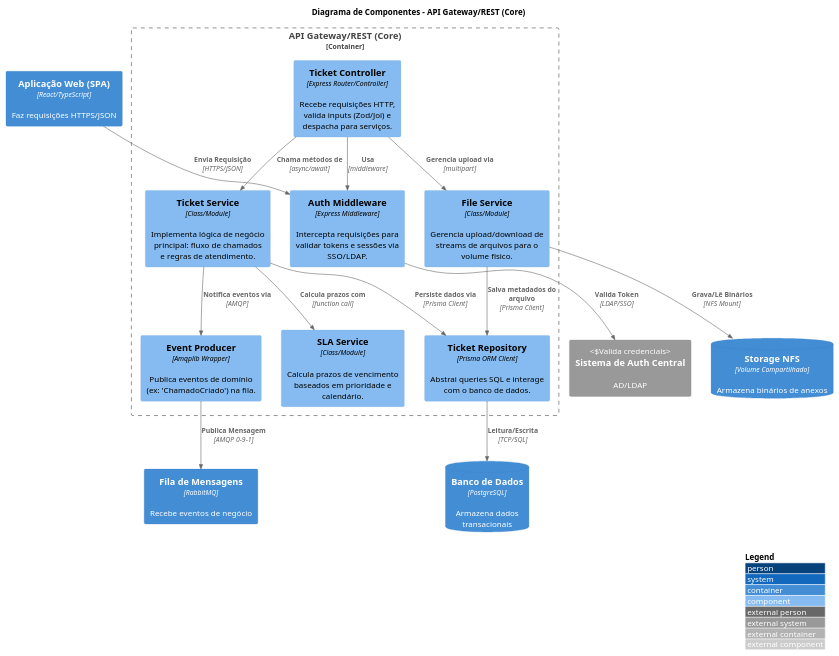
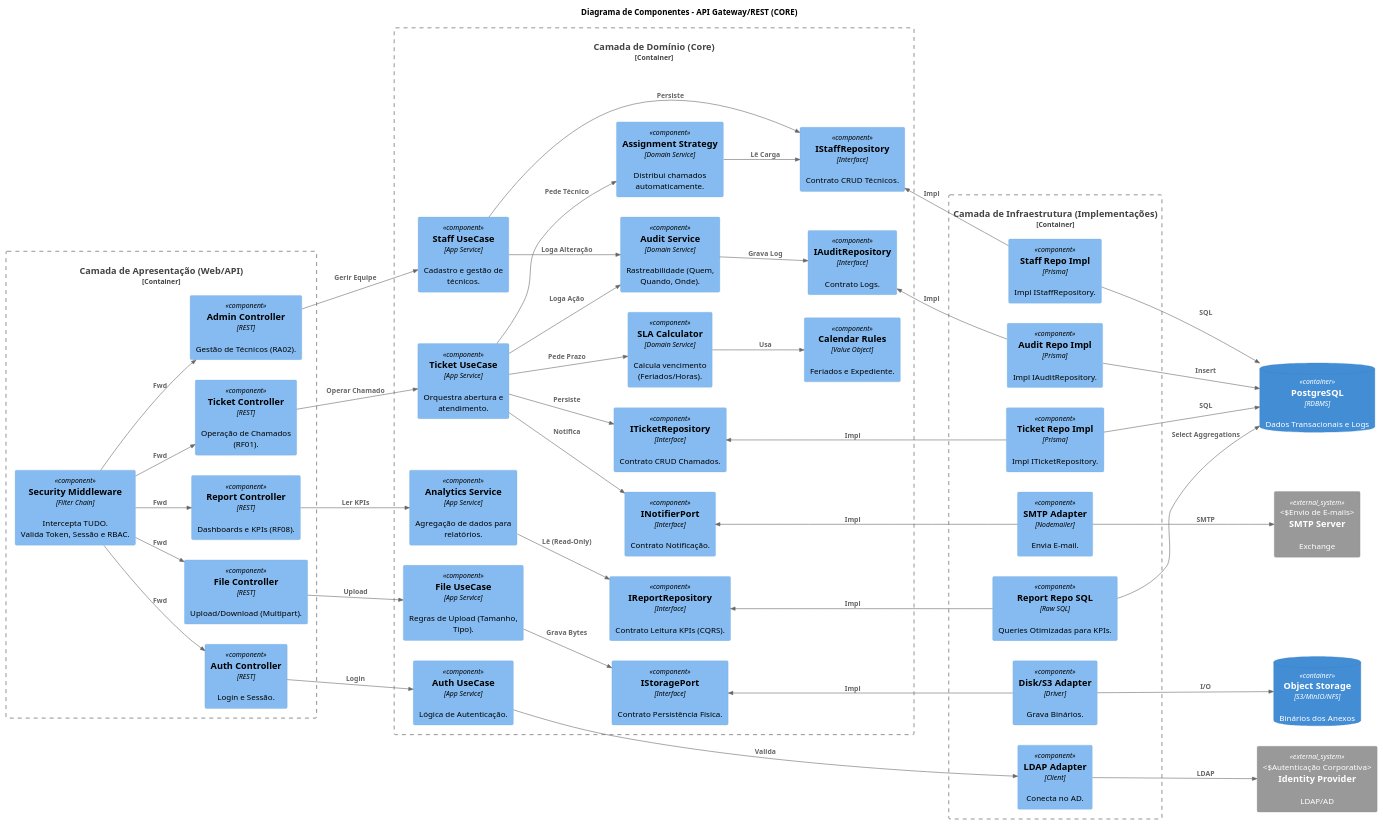
Before and after one commit to victor-alexandre/TJGO-Projeto-Software: the diagram in Artefato 3 - Diagrama de Componentes (C4)/Componente_API_Gateway.md, drawn with PlantUML. The commit also changed 5 other files, not shown here.

Commit message:
corrigindo diagrama de componentes, adicionando demais controllers, ports and adapters

```diff
--- a/Artefato 3 - Diagrama de Componentes (C4)/Componente_API_Gateway.md
+++ b/Artefato 3 - Diagrama de Componentes (C4)/Componente_API_Gateway.md
@@ -1,57 +1,141 @@
 @startuml
-' Usando a biblioteca C4 embutida (mais rápido e seguro contra firewall)
 !include <C4/C4_Component>
 
-' Se a linha acima falhar, descomente a linha abaixo para usar a versão online:
-' !include https://raw.githubusercontent.com/plantuml-stdlib/C4-PlantUML/master/C4_Component.puml
+' Layout da Esquerda para Direita favorece a leitura "Entrada -> Processamento -> Saída"
+LAYOUT_LEFT_RIGHT()
 
-' CORREÇÃO: Removido o espaço extra aqui
-LAYOUT_WITH_LEGEND()
+title Diagrama de Componentes - API Gateway/REST (CORE)
 
-title Diagrama de Componentes - API Gateway/REST (Core)
+' --- SISTEMAS E CONTAINERS EXTERNOS ---
+ContainerDb(db, "PostgreSQL", "RDBMS", "Dados Transacionais e Logs")
+ContainerDb(filesystem, "Object Storage", "S3/MinIO/NFS", "Binários dos Anexos")
+System_Ext(email_sys, "SMTP Server", "Exchange", "Envio de E-mails")
+System_Ext(auth_sys, "Identity Provider", "LDAP/AD", "Autenticação Corporativa")
 
-' --- External Containers (Contexto) ---
-Container(spa, "Aplicação Web (SPA)", "React/TypeScript", "Faz requisições HTTPS/JSON")
-ContainerDb(db, "Banco de Dados", "PostgreSQL", "Armazena dados transacionais")
-Container(rabbitmq, "Fila de Mensagens", "RabbitMQ", "Recebe eventos de negócio")
-ContainerDb(filesystem, "Storage NFS", "Volume Compartilhado", "Armazena binários de anexos")
-System_Ext(auth_sys, "Sistema de Auth Central", "AD/LDAP", "Valida credenciais")
+' ============================================================
+' 1. CAMADA DE APRESENTAÇÃO (Drivers / Primary Adapters)
+' ============================================================
+Container_Boundary(presentation, "Camada de Apresentação (Web/API)") {
+    
+    ' O Porteiro (Segurança)
+    Component(security, "Security Middleware", "Filter Chain", "Intercepta TUDO.\nValida Token, Sessão e RBAC.")
 
-' --- Container Boundary: API Core ---
-Container_Boundary(api, "API Gateway/REST (Core)") {
-
-    Component(auth_middleware, "Auth Middleware", "Express Middleware", "Intercepta requisições para validar tokens e sessões via SSO/LDAP.")
-    
-    Component(ticket_controller, "Ticket Controller", "Express Router/Controller", "Recebe requisições HTTP, valida inputs (Zod/Joi) e despacha para serviços.")
-    
-    Component(ticket_service, "Ticket Service", "Class/Module", "Implementa lógica de negócio principal: fluxo de chamados e regras de atendimento.")
-    
-    Component(sla_service, "SLA Service", "Class/Module", "Calcula prazos de vencimento baseados em prioridade e calendário.")
-    
-    Component(file_service, "File Service", "Class/Module", "Gerencia upload/download de streams de arquivos para o volume físico.")
-    
-    Component(event_producer, "Event Producer", "Amqplib Wrapper", "Publica eventos de domínio (ex: 'ChamadoCriado') na fila.")
-    
-    Component(ticket_repo, "Ticket Repository", "Prisma ORM Client", "Abstrai queries SQL e interage com o banco de dados.")
-
-    ' --- Relações Internas ---
-    Rel(ticket_controller, auth_middleware, "Usa", "middleware")
-    Rel(ticket_controller, ticket_service, "Chama métodos de", "async/await")
-    Rel(ticket_controller, file_service, "Gerencia upload via", "multipart")
-    
-    Rel(ticket_service, sla_service, "Calcula prazos com", "function call")
-    Rel(ticket_service, ticket_repo, "Persiste dados via", "Prisma Client")
-    Rel(ticket_service, event_producer, "Notifica eventos via", "AMQP")
-    
-    Rel(file_service, ticket_repo, "Salva metadados do arquivo", "Prisma Client")
+    ' Controllers (Pontos de Entrada)
+    Component(auth_ctrl, "Auth Controller", "REST", "Login e Sessão.")
+    Component(admin_ctrl, "Admin Controller", "REST", "Gestão de Técnicos (RA02).")
+    Component(ticket_ctrl, "Ticket Controller", "REST", "Operação de Chamados (RF01).")
+    Component(report_ctrl, "Report Controller", "REST", "Dashboards e KPIs (RF08).")
+    Component(file_ctrl, "File Controller", "REST", "Upload/Download (Multipart).")
 }
 
-' --- Relações Externas ---
-Rel(spa, auth_middleware, "Envia Requisição", "HTTPS/JSON")
-Rel(auth_middleware, auth_sys, "Valida Token", "LDAP/SSO")
+' ============================================================
+' 2. CAMADA DE DOMÍNIO (Use Cases & Domain Services)
+' ============================================================
+Container_Boundary(domain, "Camada de Domínio (Core)") {
+    
+    ' --- USE CASES (Orquestradores de Fluxo) ---
+    Component(auth_uc, "Auth UseCase", "App Service", "Lógica de Autenticação.")
+    Component(staff_uc, "Staff UseCase", "App Service", "Cadastro e gestão de técnicos.")
+    Component(ticket_uc, "Ticket UseCase", "App Service", "Orquestra abertura e atendimento.")
+    Component(report_uc, "Analytics Service", "App Service", "Agregação de dados para relatórios.")
+    Component(file_uc, "File UseCase", "App Service", "Regras de Upload (Tamanho, Tipo).")
 
-Rel(ticket_repo, db, "Leitura/Escrita", "TCP/SQL")
-Rel(event_producer, rabbitmq, "Publica Mensagem", "AMQP 0-9-1")
-Rel(file_service, filesystem, "Grava/Lê Binários", "NFS Mount")
+    ' --- DOMAIN SERVICES (Lógica Especializada) ---
+    Component(sla_service, "SLA Calculator", "Domain Service", "Calcula vencimento (Feriados/Horas).")
+    Component(assign_service, "Assignment Strategy", "Domain Service", "Distribui chamados automaticamente.")
+    Component(audit_service, "Audit Service", "Domain Service", "Rastreabilidade (Quem, Quando, Onde).")
+
+    ' --- HELPER OBJECTS (Regras Estáticas) ---
+    Component(calendar, "Calendar Rules", "Value Object", "Feriados e Expediente.")
+    
+    ' --- PORTAS (Interfaces - DIP) ---
+    Component(i_repo_staff, "IStaffRepository", "Interface", "Contrato CRUD Técnicos.")
+    Component(i_repo_ticket, "ITicketRepository", "Interface", "Contrato CRUD Chamados.")
+    Component(i_repo_report, "IReportRepository", "Interface", "Contrato Leitura KPIs (CQRS).")
+    Component(i_repo_audit, "IAuditRepository", "Interface", "Contrato Logs.")
+   
+    Component(i_storage, "IStoragePort", "Interface", "Contrato Persistência Física.")
+    Component(i_notifier, "INotifierPort", "Interface", "Contrato Notificação.")
+}
+
+' ============================================================
+' 3. CAMADA DE INFRAESTRUTURA (Secondary Adapters)
+' ============================================================
+Container_Boundary(infra, "Camada de Infraestrutura (Implementações)") {
+    
+    ' Implementações de Repositórios
+    Component(repo_staff_impl, "Staff Repo Impl", "Prisma", "Impl IStaffRepository.")
+    Component(repo_ticket_impl, "Ticket Repo Impl", "Prisma", "Impl ITicketRepository.")
+    Component(repo_audit_impl, "Audit Repo Impl", "Prisma", "Impl IAuditRepository.")
+    
+    ' Implementação Otimizada (CQRS)
+    Component(repo_report_impl, "Report Repo SQL", "Raw SQL", "Queries Otimizadas para KPIs.")
+
+    ' Adaptadores Externos
+    Component(ldap_adapter, "LDAP Adapter", "Client", "Conecta no AD.")
+    Component(smtp_adapter, "SMTP Adapter", "Nodemailer", "Envia E-mail.")
+    Component(storage_adapter, "Disk/S3 Adapter", "Driver", "Grava Binários.")
+}
+
+' ============================================================
+' RELACIONAMENTOS (FLUXOS)
+' ============================================================
+
+' 1. Entrada Segura (Todos passam pelo Security)
+Rel(security, auth_ctrl, "Fwd")
+Rel(security, admin_ctrl, "Fwd")
+Rel(security, ticket_ctrl, "Fwd")
+Rel(security, report_ctrl, "Fwd")
+Rel(security, file_ctrl, "Fwd")
+
+' 2. Conexão Controller -> UseCase
+Rel(auth_ctrl, auth_uc, "Login")
+Rel(admin_ctrl, staff_uc, "Gerir Equipe")
+Rel(ticket_ctrl, ticket_uc, "Operar Chamado")
+Rel(report_ctrl, report_uc, "Ler KPIs")
+Rel(file_ctrl, file_uc, "Upload")
+
+' 3. Lógica de Negócio Detalhada
+' --- Ticket usa serviços auxiliares ---
+Rel(ticket_uc, sla_service, "Pede Prazo")
+Rel(ticket_uc, assign_service, "Pede Técnico")
+Rel(ticket_uc, audit_service, "Loga Ação")
+Rel(sla_service, calendar, "Usa")
+
+' --- Admin/Staff usa auditoria ---
+Rel(staff_uc, audit_service, "Loga Alteração")
+
+' --- Atribuição consulta carga ---
+Rel(assign_service, i_repo_staff, "Lê Carga")
+
+' --- Arquivo é independente ---
+Rel(file_uc, i_storage, "Grava Bytes")
+
+
+' 4. Persistência e Saída (Aplicação -> Interfaces)
+Rel(auth_uc, ldap_adapter, "Valida")
+Rel(staff_uc, i_repo_staff, "Persiste")
+Rel(ticket_uc, i_repo_ticket, "Persiste")
+Rel(ticket_uc, i_notifier, "Notifica")
+Rel(report_uc, i_repo_report, "Lê (Read-Only)")
+Rel(audit_service, i_repo_audit, "Grava Log")
+
+' 5. Infraestrutura Implementando Interfaces (Setas UP)
+Rel_Up(repo_staff_impl, i_repo_staff, "Impl")
+Rel_Up(repo_ticket_impl, i_repo_ticket, "Impl")
+Rel_Up(repo_report_impl, i_repo_report, "Impl")
+Rel_Up(repo_audit_impl, i_repo_audit, "Impl")
+Rel_Up(smtp_adapter, i_notifier, "Impl")
+Rel_Up(storage_adapter, i_storage, "Impl")
+
+' 6. Conexões Finais com Externo
+Rel(repo_staff_impl, db, "SQL")
+Rel(repo_ticket_impl, db, "SQL")
+Rel(repo_audit_impl, db, "Insert")
+Rel(repo_report_impl, db, "Select Aggregations")
+
+Rel(smtp_adapter, email_sys, "SMTP")
+Rel(storage_adapter, filesystem, "I/O")
+Rel(ldap_adapter, auth_sys, "LDAP")
 
 @enduml
```
